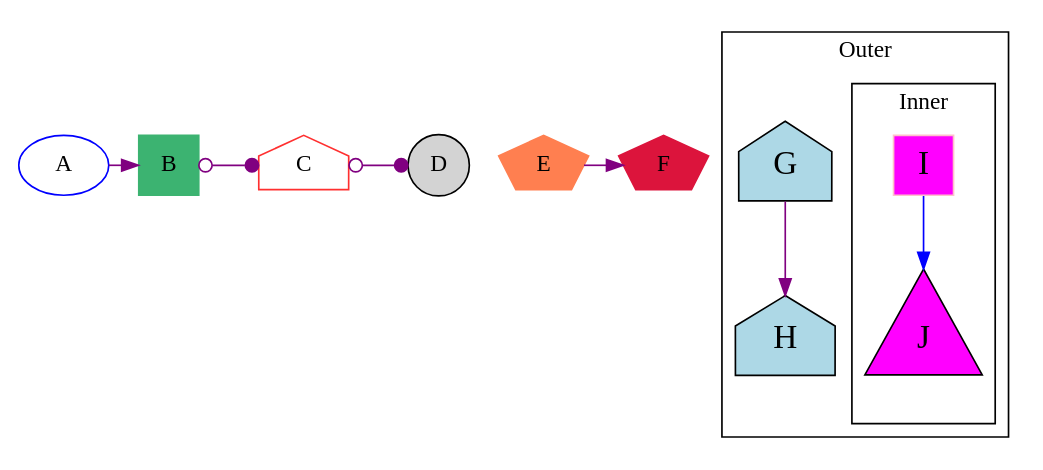
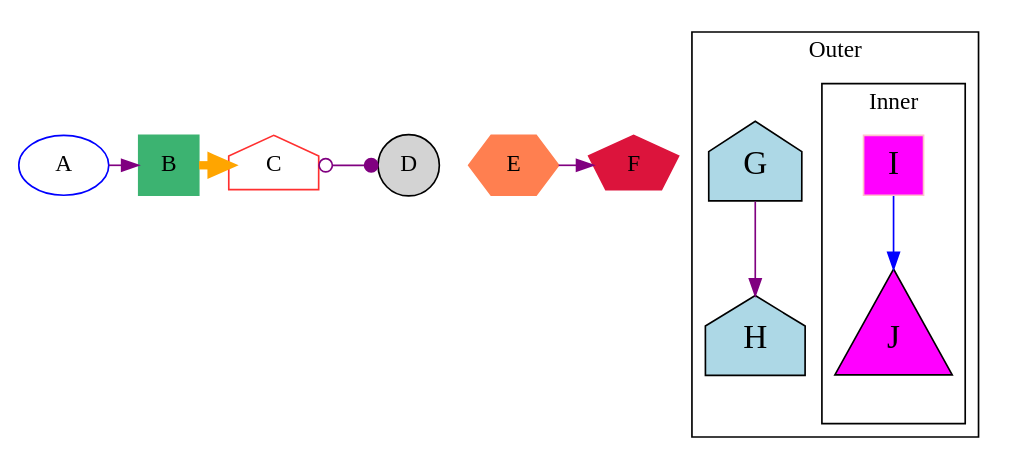
One commit to graphviz-perl/GraphViz2-Marpa changed the diagram in data/55.gv. Above: the diagram before and after it, drawn with Graphviz. The commit also changed 2 other files, not shown here.

```diff
--- a/data/55.gv
+++ b/data/55.gv
@@ -1,43 +1,44 @@
 strict digraph graph_55
 {
 	A [color = blue]
 
 	node [shape = house]
 	edge [color = purple]
 
 	{
 		rank = same
 		C
 		node [shape = circle style = filled]
 		A -> B
 		B [color = mediumseagreen]
 		C [color = firebrick1]
-		B -> C -> D [arrowtail = odot arrowhead = dot dir = both minlen = 2]
+		B -> C [color = orange penwidth = 5]
+		C -> D [arrowtail = odot arrowhead = dot dir = both minlen = 2]
 		{
 			node [shape = pentagon]
-			E [color = coral]
+			E [color = coral shape = hexagon]
 			F [color = crimson]
 			E -> F
 		}
 	}
 
 	B [shape = square]
 
 	node [fillcolor = lightblue fontsize = 20 style = filled]
 
 	subgraph cluster_outer
 	{
 		label = Outer
 		G -> H
 
 		subgraph cluster_inner
 		{
 			label = Inner
 			node [fillcolor = magenta shape = triangle]
 			edge [color = blue]
 			I [color = pink shape = square]
 			I -> J
 		}
 	}
 	graph [rankdir = TB]
 }
```
